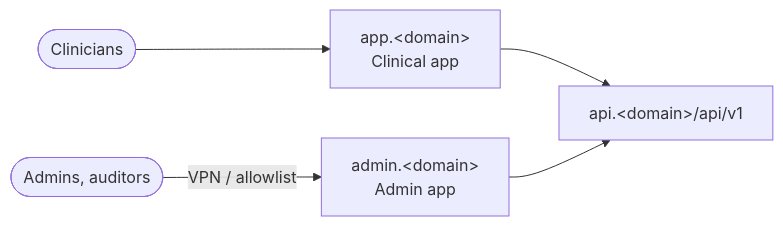
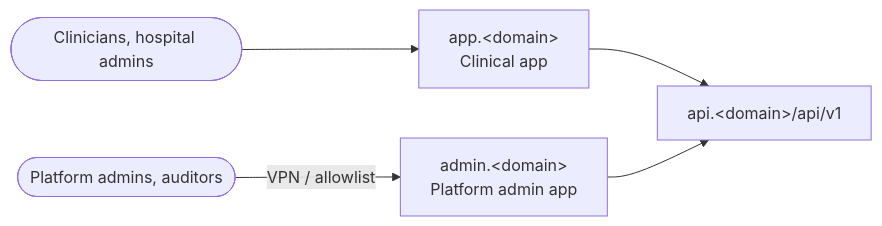
Before and after one commit to Measured-Health/mhai-web: the tenth of 10 diagrams in ARCHITECTURE.md, drawn with Mermaid. The commit also changed other lines of this file and 2 other files, not shown here.

First line of the commit message:
Cover hospital admins; treat backend gaps as backend work

````diff
--- a/ARCHITECTURE.md
+++ b/ARCHITECTURE.md
@@ -371,7 +438,7 @@
 ```mermaid
 flowchart LR
-    u1([Clinicians]) --> cdn1["app.&lt;domain&gt;<br/>Clinical app"]
-    u2([Admins, auditors]) -->|VPN / allowlist| cdn2["admin.&lt;domain&gt;<br/>Admin app"]
+    u1([Clinicians, hospital admins]) --> cdn1["app.&lt;domain&gt;<br/>Clinical app"]
+    u2([Platform admins, auditors]) -->|VPN / allowlist| cdn2["admin.&lt;domain&gt;<br/>Platform admin app"]
     cdn1 --> api["api.&lt;domain&gt;/api/v1"]
     cdn2 --> api
 ```
````
